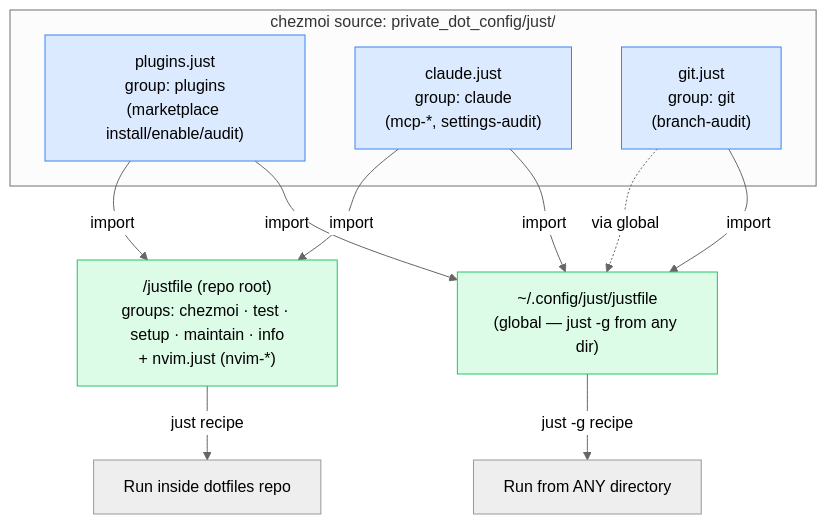
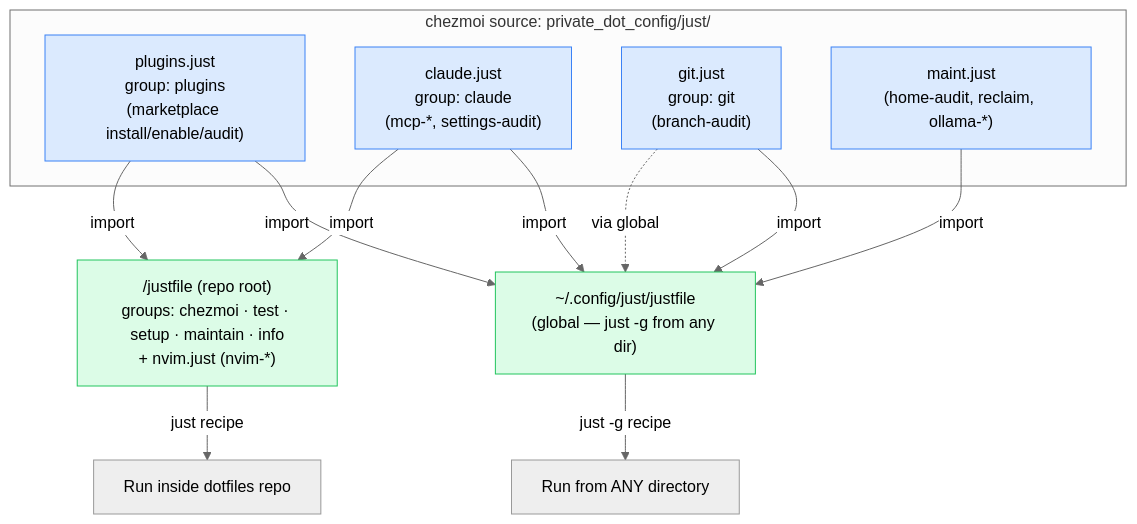
Before and after one commit to laurigates/dotfiles: the first of 2 diagrams in docs/justfile-architecture.md, drawn with Mermaid (neutral theme). The commit also changed other lines of this file and 12 other files, not shown here.

````diff
--- a/docs/justfile-architecture.md
+++ b/docs/justfile-architecture.md
@@ -18,26 +21,28 @@
 ```mermaid
 flowchart TD
     subgraph src["chezmoi source: private_dot_config/just/"]
         plugins["plugins.just<br/>group: plugins<br/>(marketplace install/enable/audit)"]
         claude["claude.just<br/>group: claude<br/>(mcp-*, settings-audit)"]
         git["git.just<br/>group: git<br/>(branch-audit)"]
+        maint["maint.just<br/>(home-audit, reclaim, ollama-*)"]
     end
 
     root["/justfile (repo root)<br/>groups: chezmoi · test · setup · maintain · info<br/>+ nvim.just (nvim-*)"]
     global["~/.config/just/justfile<br/>(global — just -g from any dir)"]
 
     plugins -->|import| root
     claude  -->|import| root
     git -.->|via global| global
     plugins -->|import| global
     claude  -->|import| global
     git     -->|import| global
+    maint   -->|import| global
 
     root -->|"just recipe"| dev["Run inside dotfiles repo"]
     global -->|"just -g recipe"| any["Run from ANY directory"]
 
     classDef mod fill:#dbeafe,stroke:#3b82f6;
     classDef entry fill:#dcfce7,stroke:#22c55e;
-    class plugins,claude,git mod;
+    class plugins,claude,git,maint mod;
     class root,global entry;
 ```
````
